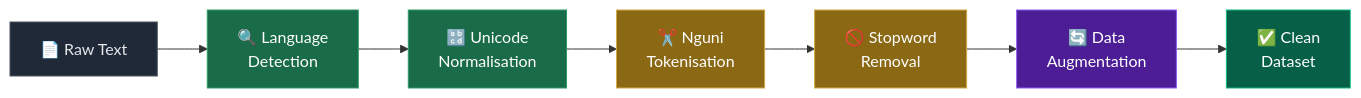
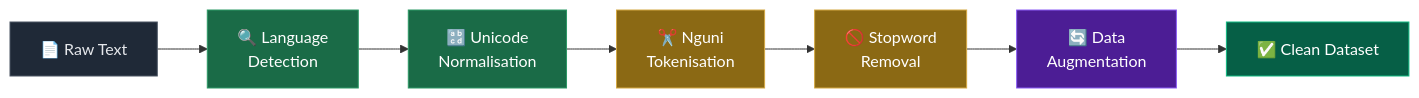
One commit to LuthandoCandlovu/African-Language-NLP-Model- changed the fourth of 4 diagrams in README.md. Above: the diagram before and after it, drawn with Mermaid. The commit also changed other lines of this file, not shown here.

````diff
--- a/README.md
+++ b/README.md
@@ -175,18 +285,18 @@
 ```mermaid
 flowchart LR
-    RAW["📄 Raw Text"] 
+    RAW["📄 Raw Text"]
     --> LD["🔍 Language\nDetection"]
     --> UC["🔡 Unicode\nNormalisation"]
     --> NZ["✂️ Nguni\nTokenisation"]
     --> SW["🚫 Stopword\nRemoval"]
     --> AUG["🔄 Data\nAugmentation"]
-    --> OUT["✅ Clean\nDataset"]
+    --> OUT["✅ Clean Dataset"]
 
     style RAW fill:#1f2937,stroke:#4b5563,color:#e5e7eb
-    style LD fill:#1A6B47,stroke:#2D9966,color:#fff
-    style UC fill:#1A6B47,stroke:#2D9966,color:#fff
-    style NZ fill:#8B6914,stroke:#D4A843,color:#fff
-    style SW fill:#8B6914,stroke:#D4A843,color:#fff
+    style LD  fill:#1A6B47,stroke:#2D9966,color:#fff
+    style UC  fill:#1A6B47,stroke:#2D9966,color:#fff
+    style NZ  fill:#8B6914,stroke:#D4A843,color:#fff
+    style SW  fill:#8B6914,stroke:#D4A843,color:#fff
     style AUG fill:#4C1D95,stroke:#8B5CF6,color:#fff
     style OUT fill:#065f46,stroke:#10b981,color:#fff
 ```
````
